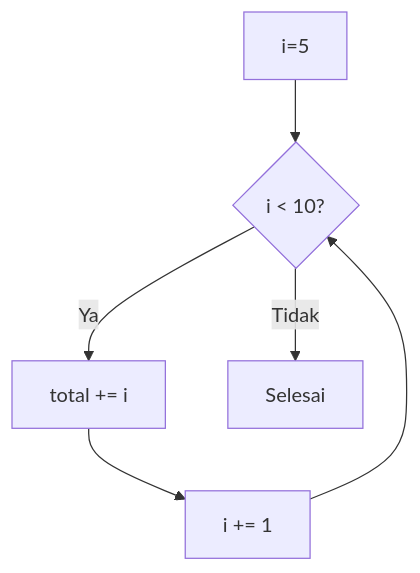
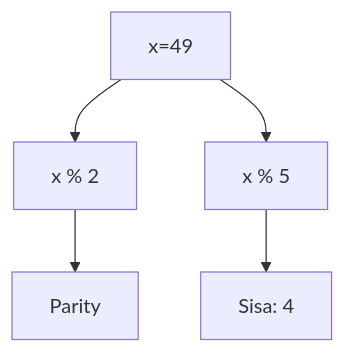
Before and after one commit to amnahwaida/OSNK_INF_PREP: the second of 25 diagrams in part-c-pemahaman-cpp/03-perulangan/latihan/set-02.md, drawn with Mermaid. The commit also changed other lines of this file and 71 other files, not shown here.

````diff
--- a/part-c-pemahaman-cpp/03-perulangan/latihan/set-02.md
+++ b/part-c-pemahaman-cpp/03-perulangan/latihan/set-02.md
@@ -25,8 +54,7 @@
 ```mermaid
 graph TD
-    A[i=5] --> B{i < 10?}
-    B -- Ya --> C[total += i]
-    C --> D[i += 1]
-    D --> B
-    B -- Tidak --> E[Selesai]
+A[x=49] --> B[x % 2]
+B --> C[Parity]
+A --> D[x % 5]
+D --> E[Sisa: 4]
 ```
````
